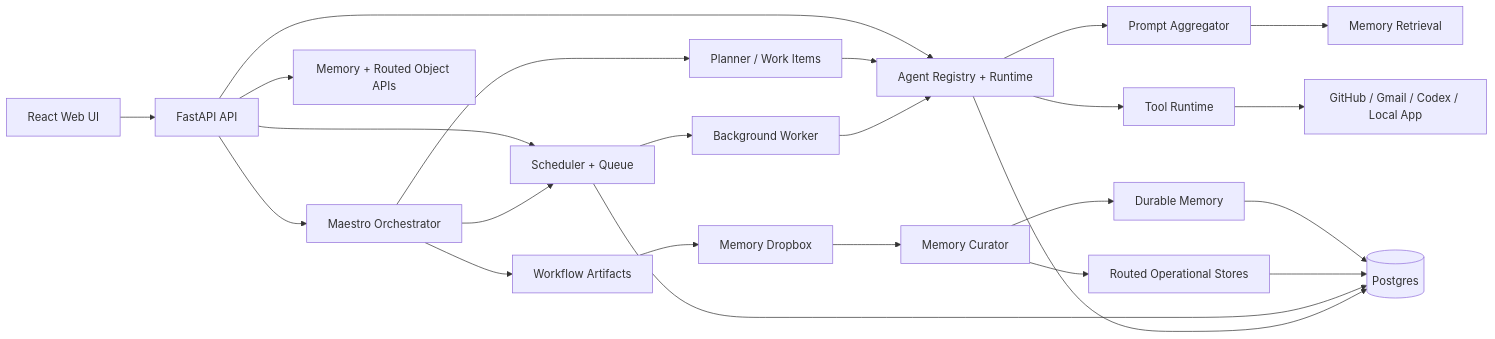
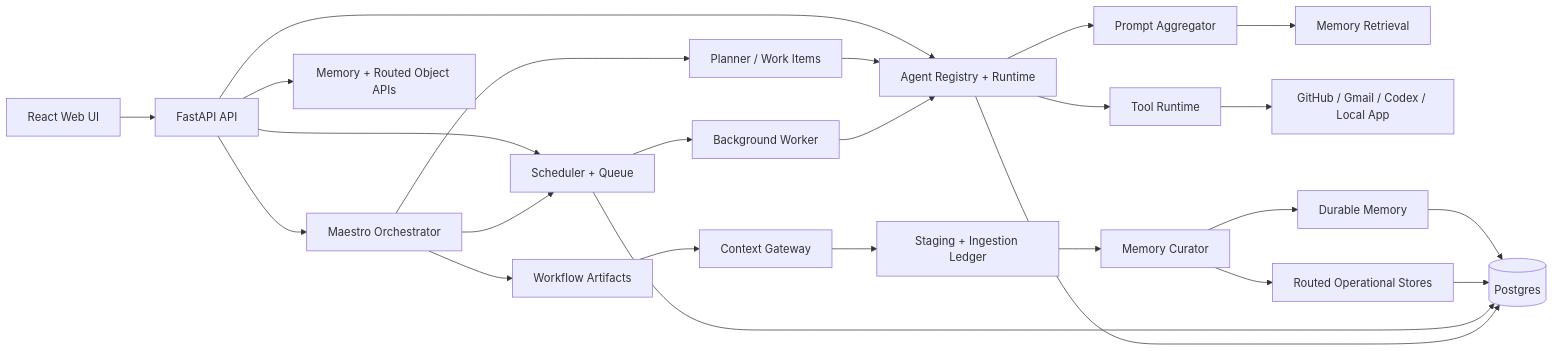
Before and after one commit to Caliperti1/Maestro: the diagram in README.md, drawn with Mermaid. The commit also changed other lines of this file and 22 other files, not shown here.

Commit message:
Add policy-aware context ingestion control plane

````diff
--- a/README.md
+++ b/README.md
@@ -30,30 +32,31 @@
 ```mermaid
 flowchart LR
     UI["React Web UI"] --> API["FastAPI API"]
     API --> Maestro["Maestro Orchestrator"]
     API --> Memory["Memory + Routed Object APIs"]
     API --> Agents["Agent Registry + Runtime"]
     API --> Scheduler["Scheduler + Queue"]
 
     Maestro --> Planner["Planner / Work Items"]
     Planner --> Agents
     Maestro --> Scheduler
     Scheduler --> Worker["Background Worker"]
     Worker --> Agents
 
     Agents --> Prompt["Prompt Aggregator"]
     Prompt --> Retrieval["Memory Retrieval"]
     Agents --> Tools["Tool Runtime"]
     Tools --> External["GitHub / Gmail / Codex / Local App"]
 
     Maestro --> Artifacts["Workflow Artifacts"]
-    Artifacts --> Dropbox["Memory Dropbox"]
+    Artifacts --> Gateway["Context Gateway"]
+    Gateway --> Dropbox["Staging + Ingestion Ledger"]
     Dropbox --> Curator["Memory Curator"]
     Curator --> DurableMemory["Durable Memory"]
     Curator --> Routed["Routed Operational Stores"]
 
     DurableMemory --> DB[("Postgres")]
     Routed --> DB
     Scheduler --> DB
     Agents --> DB
 ```
````
